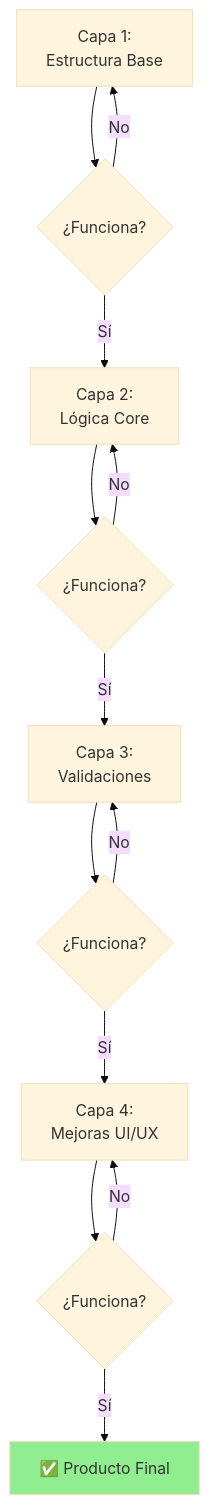
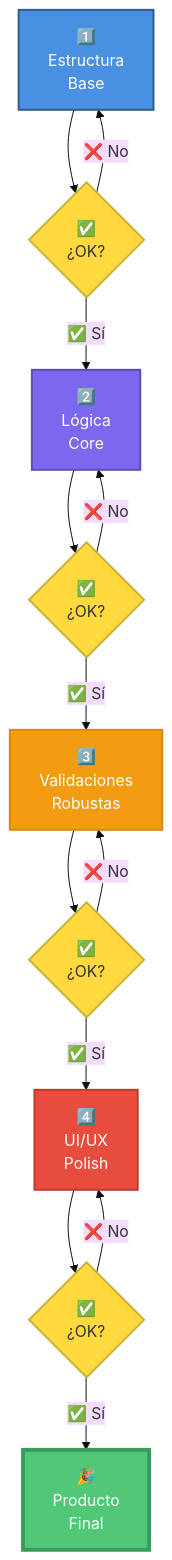
One commit to Ai-Whisperers/Courses-Content changed diagram 15 of 18 in courses/🟡-development/FPUNA-2026/00-FUNDAMENTOS-PRINCIPALES/03-ingenieria-prompts.md. Above: the diagram before and after it, drawn with Mermaid (base theme). The commit also changed other lines of this file, not shown here.

First line of the commit message:
Complete remaining 5/18 diagrams in 03-ingenieria-prompts.md

````diff
--- a/courses/🟡-development/FPUNA-2026/00-FUNDAMENTOS-PRINCIPALES/03-ingenieria-prompts.md
+++ b/courses/🟡-development/FPUNA-2026/00-FUNDAMENTOS-PRINCIPALES/03-ingenieria-prompts.md
@@ -938,20 +942,28 @@
 ```mermaid
 graph TD
-    A[Capa 1:<br/>Estructura Base] --> B{¿Funciona?}
-    B -->|Sí| C[Capa 2:<br/>Lógica Core]
-    B -->|No| A
+    A["1️⃣<br/>Estructura<br/>Base"] --> B{"✅<br/>¿OK?"}
+    B -->|"✅ Sí"| C["2️⃣<br/>Lógica<br/>Core"]
+    B -->|"❌ No"| A
     
-    C --> D{¿Funciona?}
-    D -->|Sí| E[Capa 3:<br/>Validaciones]
-    D -->|No| C
+    C --> D{"✅<br/>¿OK?"}
+    D -->|"✅ Sí"| E["3️⃣<br/>Validaciones<br/>Robustas"]
+    D -->|"❌ No"| C
     
-    E --> F{¿Funciona?}
-    F -->|Sí| G[Capa 4:<br/>Mejoras UI/UX]
-    F -->|No| E
+    E --> F{"✅<br/>¿OK?"}
+    F -->|"✅ Sí"| G["4️⃣<br/>UI/UX<br/>Polish"]
+    F -->|"❌ No"| E
     
-    G --> H{¿Funciona?}
-    H -->|Sí| I[✅ Producto Final]
-    H -->|No| G
+    G --> H{"✅<br/>¿OK?"}
+    H -->|"✅ Sí"| I["🎉<br/>Producto<br/>Final"]
+    H -->|"❌ No"| G
     
-    style I fill:#90EE90
+    style A fill:#4A90E2,stroke:#2E5C8A,stroke-width:2px,color:#fff
+    style C fill:#7B68EE,stroke:#5A4BB5,stroke-width:2px,color:#fff
+    style E fill:#F39C12,stroke:#D68910,stroke-width:2px,color:#fff
+    style G fill:#E74C3C,stroke:#C0392B,stroke-width:2px,color:#fff
+    style I fill:#50C878,stroke:#3A9B5C,stroke-width:4px,color:#fff
+    style B fill:#FFD93D,stroke:#CCB031,stroke-width:2px,color:#333
+    style D fill:#FFD93D,stroke:#CCB031,stroke-width:2px,color:#333
+    style F fill:#FFD93D,stroke:#CCB031,stroke-width:2px,color:#333
+    style H fill:#FFD93D,stroke:#CCB031,stroke-width:2px,color:#333
 ```
````
